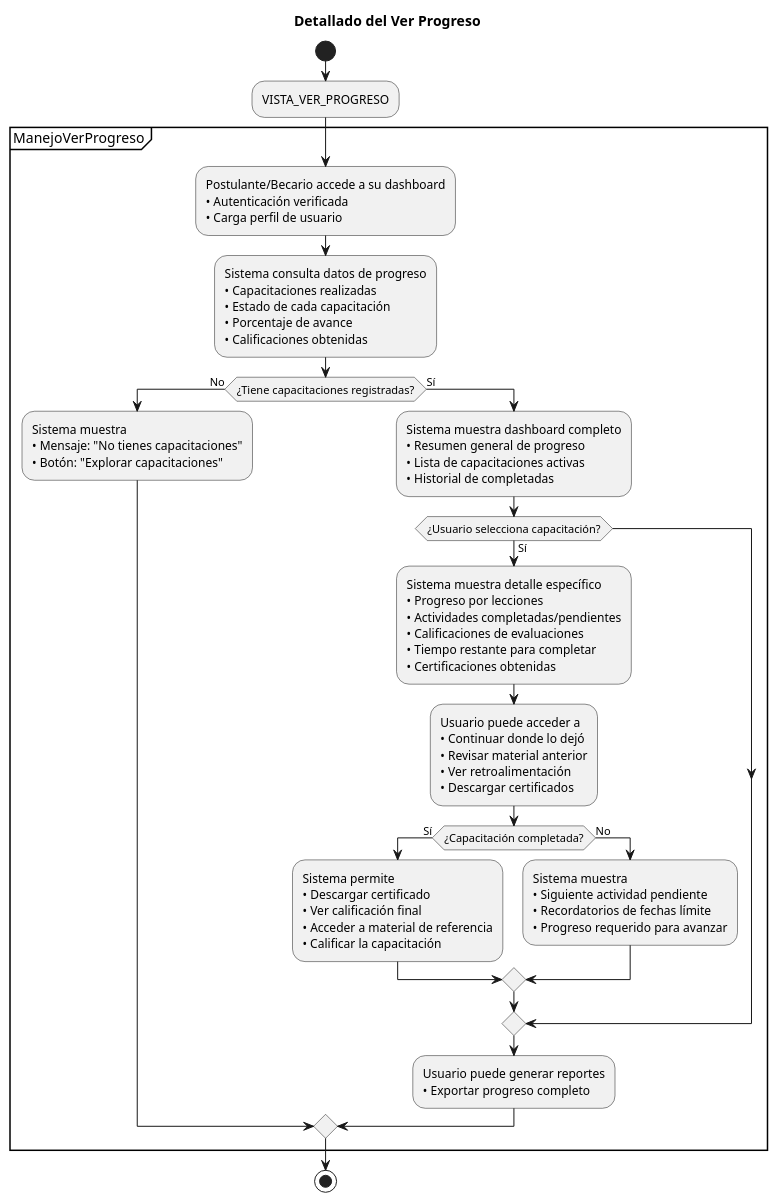
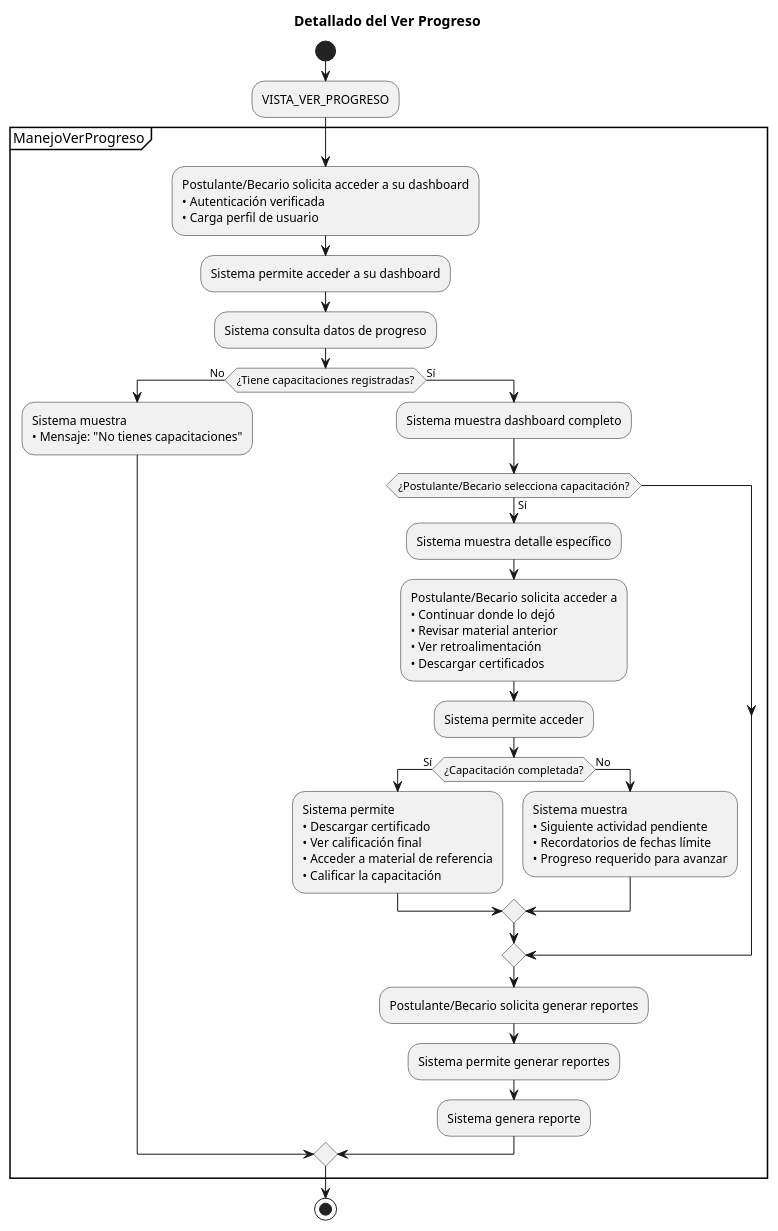
The diagram in casos_de_uso/diagramas_casos_de_uso_detallados/ver_progreso.puml (Dievex/24-25-IdSw1-SDR), drawn with PlantUML before and after one commit.

Commit message:
refactor(use_case_diagram): simplify ver_progreso diagram by removing redundant details

```diff
--- a/casos_de_uso/diagramas_casos_de_uso_detallados/ver_progreso.puml
+++ b/casos_de_uso/diagramas_casos_de_uso_detallados/ver_progreso.puml
@@ -1,77 +1,68 @@
 @startuml
 title Detallado del Ver Progreso
 
 start
 
 :VISTA_VER_PROGRESO;
 
 partition ManejoVerProgreso {
   
-  :Postulante/Becario accede a su dashboard
+  :Postulante/Becario solicita acceder a su dashboard
   • Autenticación verificada
   • Carga perfil de usuario;
   
+  :Sistema permite acceder a su dashboard;
   
-  :Sistema consulta datos de progreso
-  • Capacitaciones realizadas
-  • Estado de cada capacitación
-  • Porcentaje de avance
-  • Calificaciones obtenidas;
+  :Sistema consulta datos de progreso;
   
   if (¿Tiene capacitaciones registradas?) then (No)
     :Sistema muestra
-    • Mensaje: "No tienes capacitaciones"
-    • Botón: "Explorar capacitaciones";
+    • Mensaje: "No tienes capacitaciones";
    
     
   else (Sí)
-    :Sistema muestra dashboard completo
-    • Resumen general de progreso
-    • Lista de capacitaciones activas
-    • Historial de completadas;
-   
+    :Sistema muestra dashboard completo;
     
-  
     
-    if (¿Usuario selecciona capacitación?) then (Sí)
-      :Sistema muestra detalle específico
-      • Progreso por lecciones
-      • Actividades completadas/pendientes
-      • Calificaciones de evaluaciones
-      • Tiempo restante para completar
-      • Certificaciones obtenidas;
+    if (¿Postulante/Becario selecciona capacitación?) then (Sí)
+      :Sistema muestra detalle específico;
       
-      :Usuario puede acceder a
+      :Postulante/Becario solicita acceder a
       • Continuar donde lo dejó
       • Revisar material anterior
       • Ver retroalimentación
       • Descargar certificados;
+
+      :Sistema permite acceder;
       
       if (¿Capacitación completada?) then (Sí)
         :Sistema permite
         • Descargar certificado
         • Ver calificación final
         • Acceder a material de referencia
         • Calificar la capacitación;
         
       else (No)
         :Sistema muestra
         • Siguiente actividad pendiente
         • Recordatorios de fechas límite
         • Progreso requerido para avanzar;
         
       endif
       
     endif
     
-    :Usuario puede generar reportes
-    • Exportar progreso completo;
+    :Postulante/Becario solicita generar reportes;
+
+    :Sistema permite generar reportes;
+
+    :Sistema genera reporte;
     
  
     
   endif
   
 }
 
 stop
 @enduml
```
